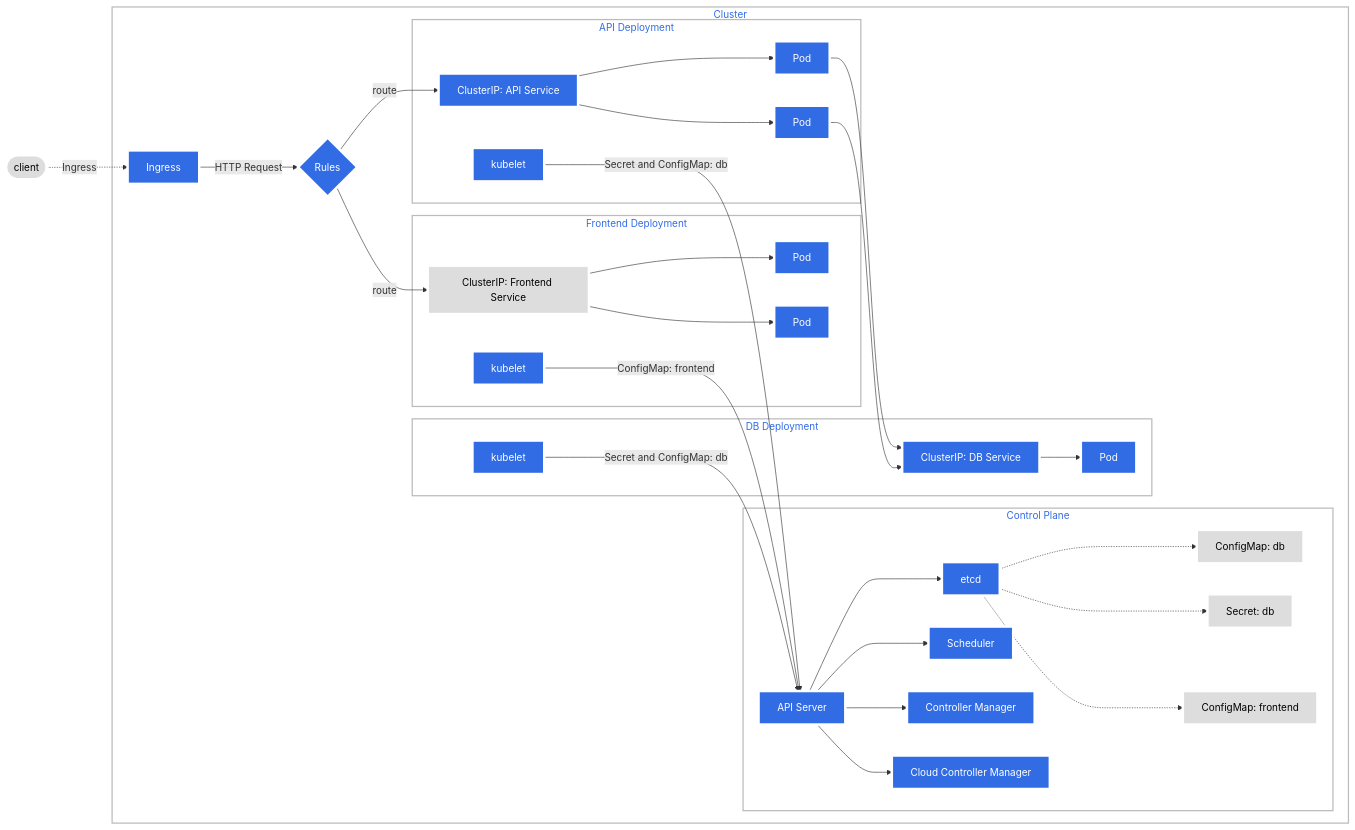
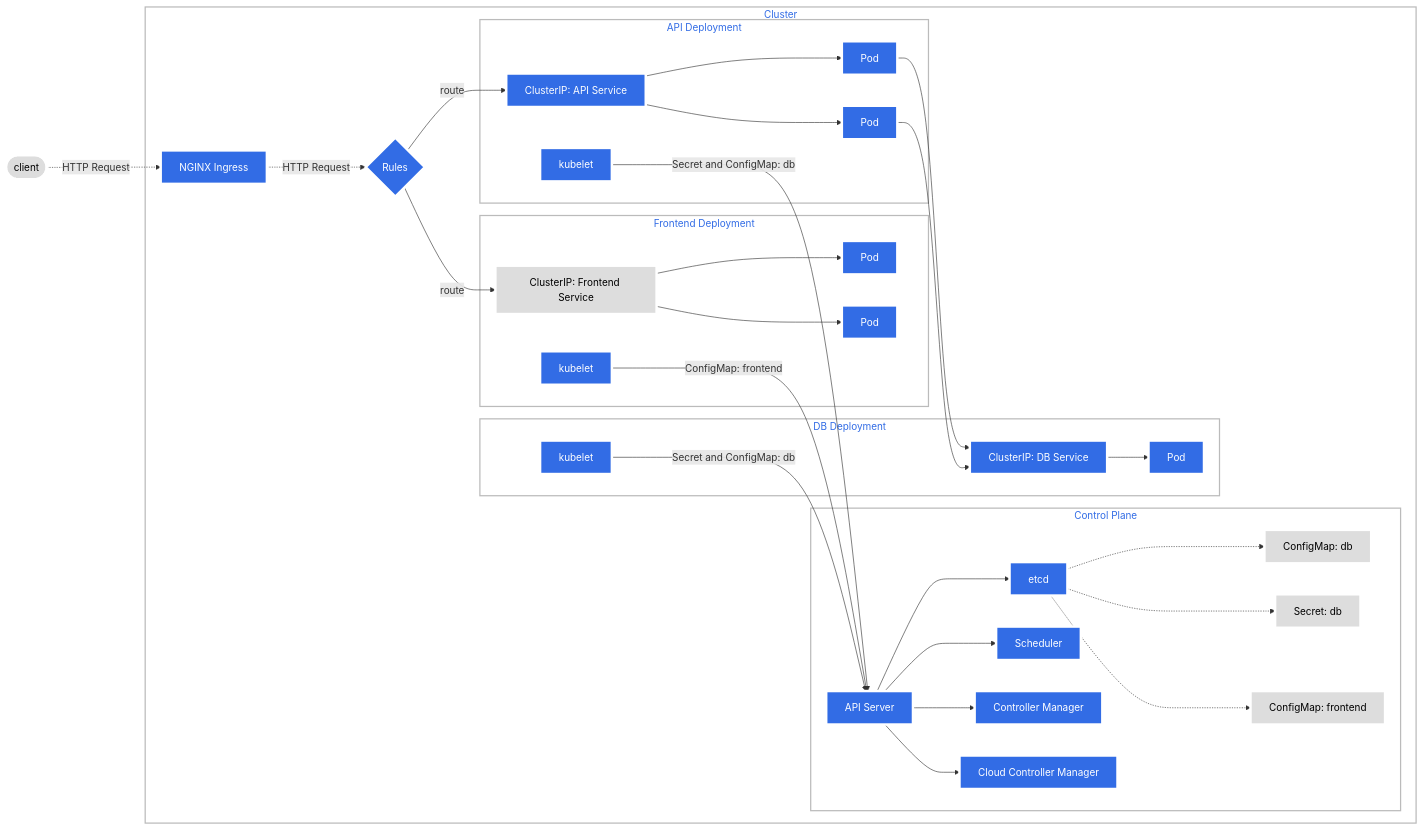
The first of 3 diagrams in Presentation/Diagram.md (sebastiaan-dev/time-capsule), drawn with Mermaid before and after one commit.

Commit message:
added that ingress is NGINX

````diff
--- a/Presentation/Diagram.md
+++ b/Presentation/Diagram.md
@@ -8,55 +8,55 @@
 ```mermaid
 graph LR;
- client([client])-. Ingress .->ingress[Ingress];
- ingress-->|HTTP Request|routingRule{Rules};
+ client([client])-. HTTP Request .->ingress[NGINX Ingress];
+ ingress-. HTTP Request .-> routingRule{Rules};
  subgraph Cluster
   routingRule;
   ingress;
   routingRule-->|route|service1[ClusterIP: Frontend Service];
   routingRule-->|route|service2[ClusterIP: API Service];
   pod3-->dbService[ClusterIP: DB Service];
   pod4-->dbService[ClusterIP: DB Service];
   subgraph Control Plane
       apiServer[API Server];
       etcd;
       scheduler[Scheduler];
       cm[Controller Manager];
       ccm[Cloud Controller Manager];
       configmap1;
       secret1;
       apiServer --> etcd;
       apiServer --> scheduler;
       apiServer --> cm;
       apiServer --> ccm;
       etcd -..-> configmap1[ConfigMap: db];
       etcd -..-> configmap2[ConfigMap: frontend];
       etcd -..-> secret1[Secret: db];
     end
    subgraph Frontend Deployment
      style service1 fill:#ddd,stroke:#fff,stroke-width:4px,color:#000;
      service1-->pod1[Pod];
      service1-->pod2[Pod];
      k1[kubelet]-->|ConfigMap: frontend|apiServer;
     end
     subgraph API Deployment
      service2-->pod3[Pod];
      service2-->pod4[Pod];
      k2[kubelet]-->|Secret and ConfigMap: db|apiServer;
     end
     subgraph DB Deployment
       k3[kubelet]-->|Secret and ConfigMap: db|apiServer;
       pod5;
       dbService;
       dbService-->pod5[Pod];
     end
  end
  
 classDef plain fill:#ddd,stroke:#fff,stroke-width:4px,color:#000;
 classDef config fill:#fff,stroke:#000,stroke-width:1px,color:#000
 classDef k8s fill:#326ce5,stroke:#fff,stroke-width:4px,color:#fff;
 classDef cluster fill:#fff,stroke:#bbb,stroke-width:2px,color:#326ce5;
 class ingress,apiServer,etcd,scheduler,cm,ccm,routingRule,k1,k2,k3,service1,service2,pod1,pod2,pod3,pod4,pod5,dbService,dbPod k8s;
 class secret1,secret2,configmap1,configmap2 plain;
 class client plain;
 class cluster cluster;
 ```
````
